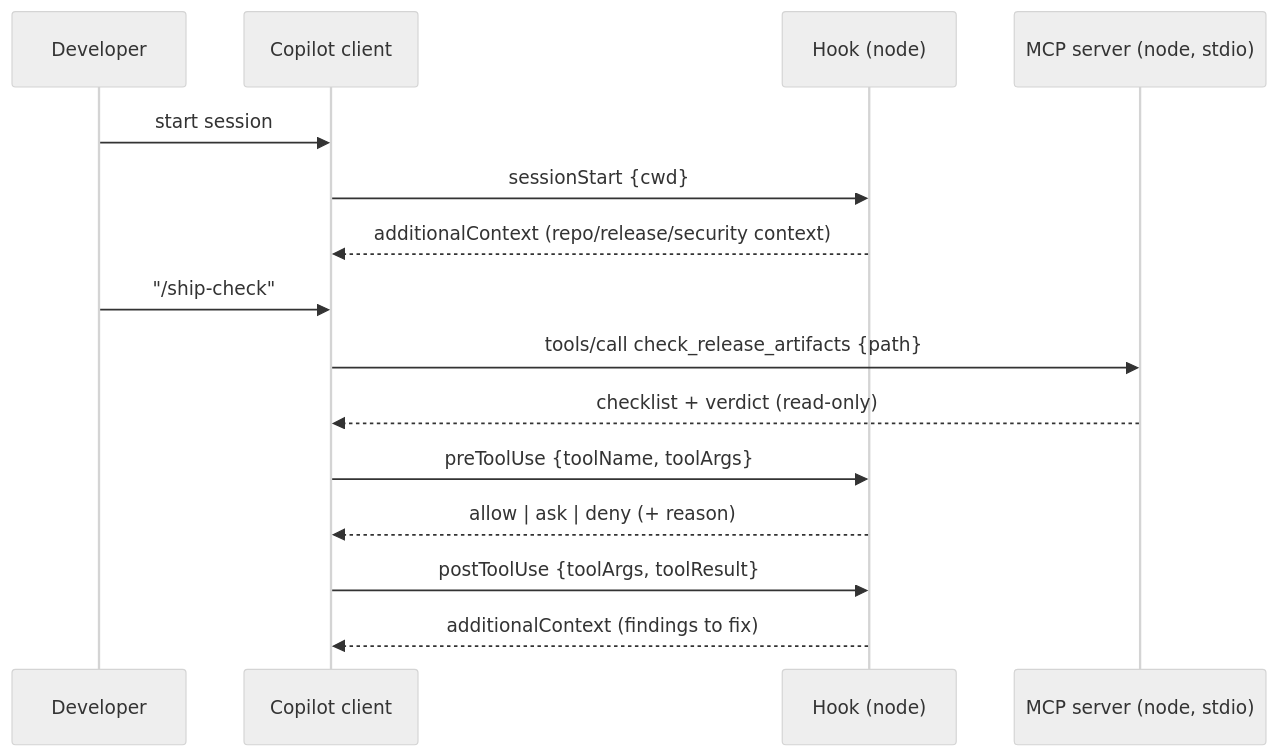
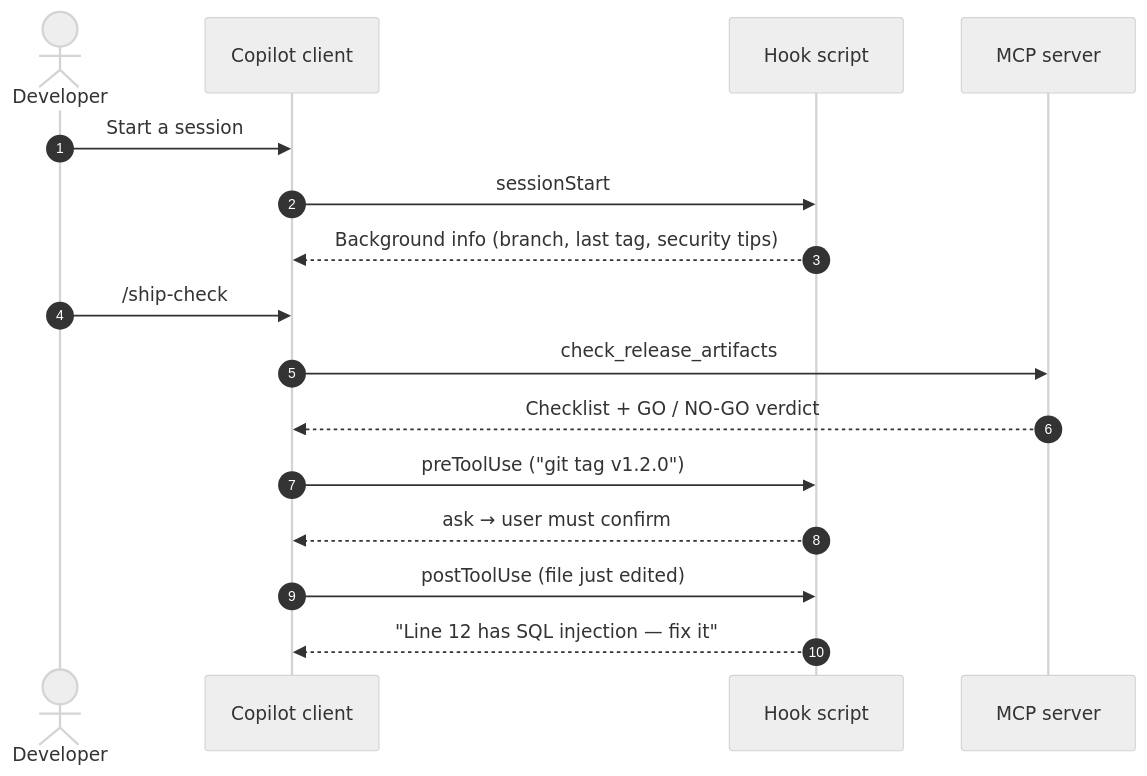
One commit to sekar3s/octocat-agent-plugins-demo changed the second of 2 diagrams in docs/architecture.md. Above: the diagram before and after it, drawn with Mermaid (neutral theme). The commit also changed other lines of this file and 1 other file, not shown here.

Commit message:
Updated the architecture and demo script

````diff
--- a/docs/architecture.md
+++ b/docs/architecture.md
@@ -35,17 +90,22 @@
 ```mermaid
 sequenceDiagram
-  participant U as Developer
-  participant C as Copilot client
-  participant H as Hook (node)
-  participant S as MCP server (node, stdio)
-  U->>C: start session
-  C->>H: sessionStart {cwd}
-  H-->>C: additionalContext (repo/release/security context)
-  U->>C: "/ship-check"
-  C->>S: tools/call check_release_artifacts {path}
-  S-->>C: checklist + verdict (read-only)
-  C->>H: preToolUse {toolName, toolArgs}
-  H-->>C: allow | ask | deny (+ reason)
-  C->>H: postToolUse {toolArgs, toolResult}
-  H-->>C: additionalContext (findings to fix)
+    autonumber
+    actor Dev as Developer
+    participant Copilot as Copilot client
+    participant Hook as Hook script
+    participant MCP as MCP server
+
+    Dev->>Copilot: Start a session
+    Copilot->>Hook: sessionStart
+    Hook-->>Copilot: Background info (branch, last tag, security tips)
+
+    Dev->>Copilot: /ship-check
+    Copilot->>MCP: check_release_artifacts
+    MCP-->>Copilot: Checklist + GO / NO-GO verdict
+
+    Copilot->>Hook: preToolUse ("git tag v1.2.0")
+    Hook-->>Copilot: ask → user must confirm
+
+    Copilot->>Hook: postToolUse (file just edited)
+    Hook-->>Copilot: "Line 12 has SQL injection — fix it"
 ```
````
